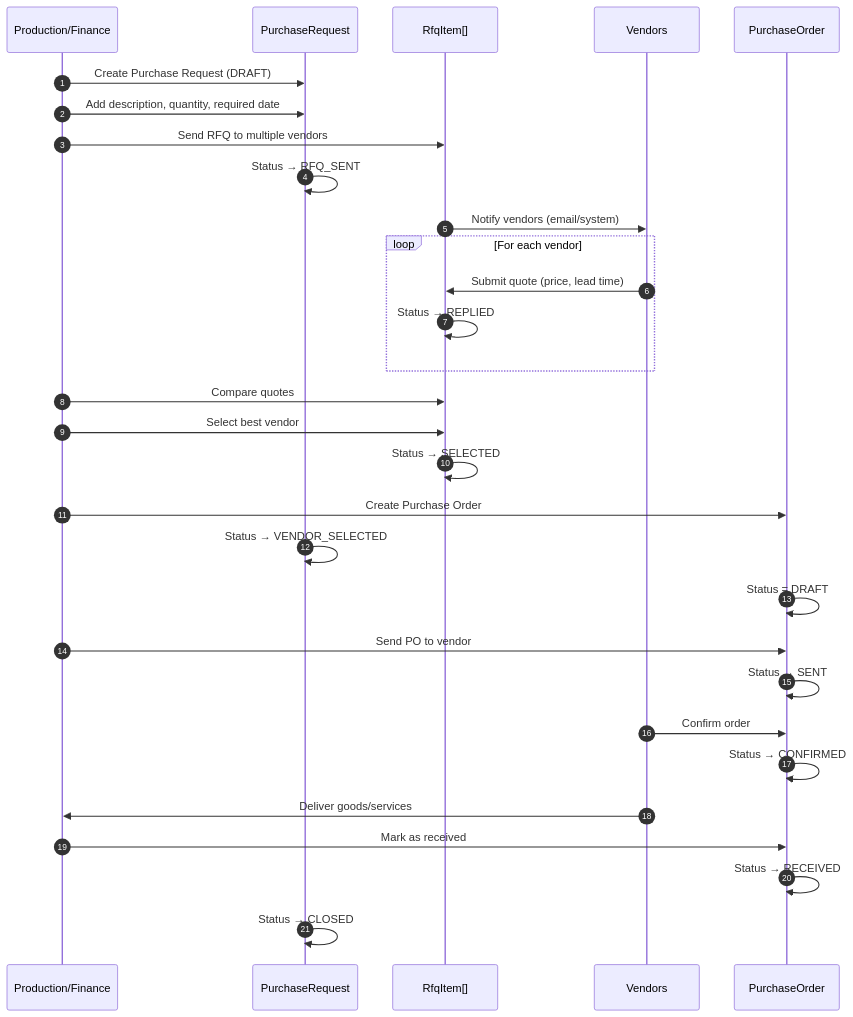
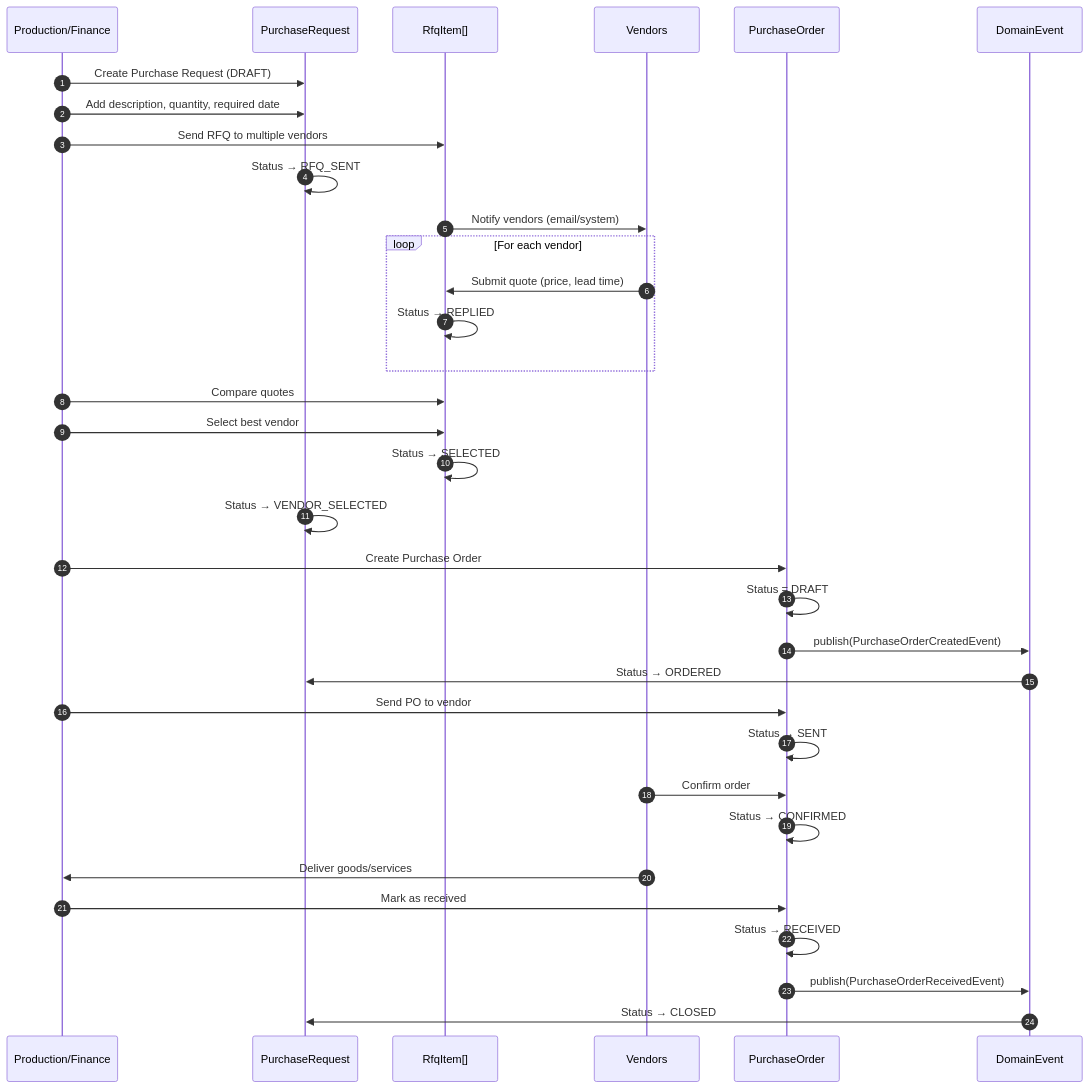
One commit to donghwunline/wellkorea-erp changed the sixth of 10 diagrams in docs/architecture/purchasing-domain.md. Above: the diagram before and after it, drawn with Mermaid. The commit also changed other lines of this file and 13 other files, not shown here.

First line of the commit message:
feat(purchasing): add ORDERED status to PurchaseRequest workflow

````diff
--- a/docs/architecture/purchasing-domain.md
+++ b/docs/architecture/purchasing-domain.md
@@ -303,40 +313,44 @@
 ```mermaid
 sequenceDiagram
     autonumber
     participant User as Production/Finance
     participant PR as PurchaseRequest
     participant RFQ as RfqItem[]
     participant Vendor as Vendors
     participant PO as PurchaseOrder
+    participant Event as DomainEvent
 
     User->>PR: Create Purchase Request (DRAFT)
     User->>PR: Add description, quantity, required date
 
     User->>RFQ: Send RFQ to multiple vendors
     PR->>PR: Status → RFQ_SENT
     RFQ->>Vendor: Notify vendors (email/system)
 
     loop For each vendor
         Vendor->>RFQ: Submit quote (price, lead time)
         RFQ->>RFQ: Status → REPLIED
     end
 
     User->>RFQ: Compare quotes
     User->>RFQ: Select best vendor
     RFQ->>RFQ: Status → SELECTED
+    PR->>PR: Status → VENDOR_SELECTED
 
     User->>PO: Create Purchase Order
-    PR->>PR: Status → VENDOR_SELECTED
     PO->>PO: Status = DRAFT
+    PO->>Event: publish(PurchaseOrderCreatedEvent)
+    Event->>PR: Status → ORDERED
 
     User->>PO: Send PO to vendor
     PO->>PO: Status → SENT
 
     Vendor->>PO: Confirm order
     PO->>PO: Status → CONFIRMED
 
     Vendor->>User: Deliver goods/services
     User->>PO: Mark as received
     PO->>PO: Status → RECEIVED
-    PR->>PR: Status → CLOSED
+    PO->>Event: publish(PurchaseOrderReceivedEvent)
+    Event->>PR: Status → CLOSED
 ```
````
